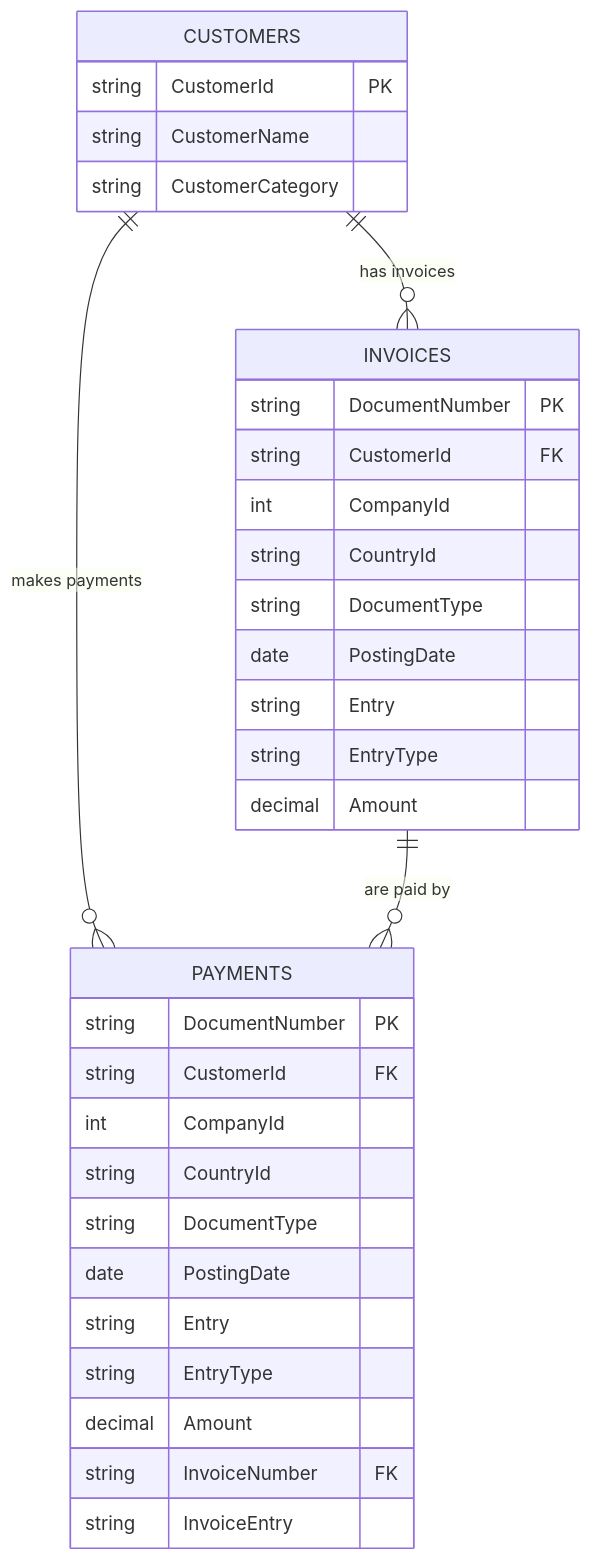
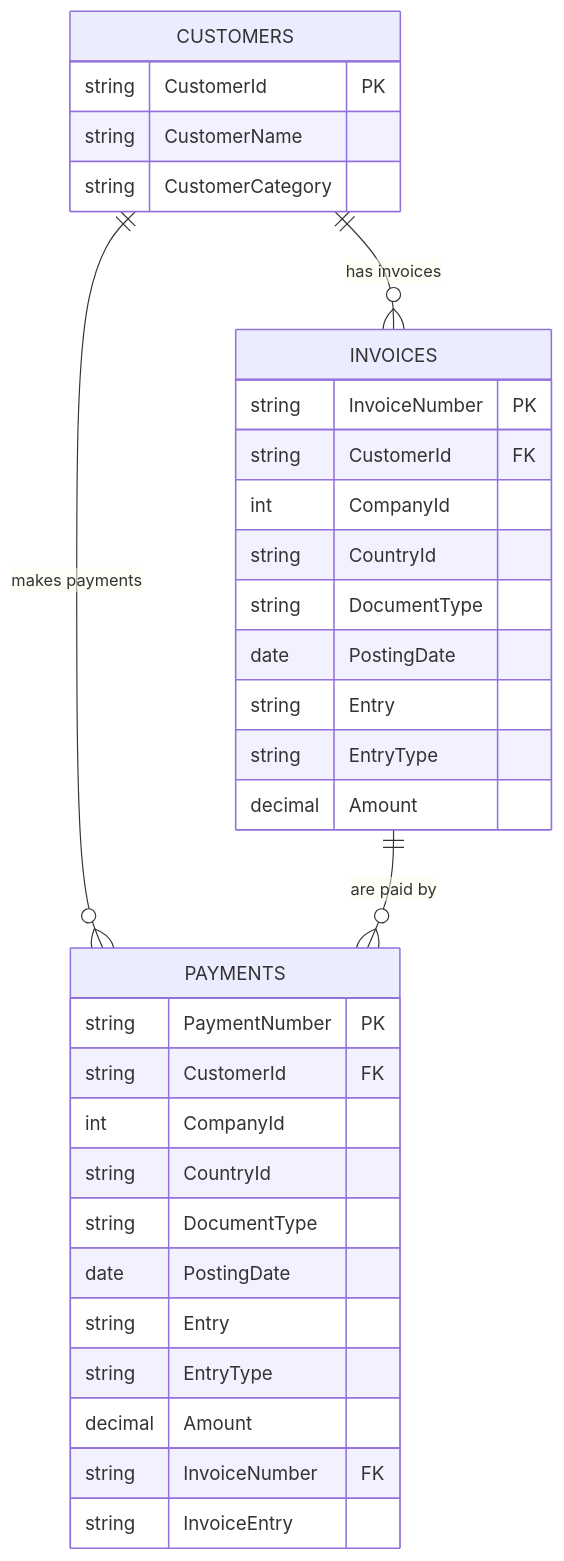
Before and after one commit to benesali/eurow: the second of 2 diagrams in README.md, drawn with Mermaid. The commit also changed 11 other files, not shown here.

````diff
--- a/README.md
+++ b/README.md
@@ -53,38 +53,38 @@
 ```mermaid
 erDiagram
     CUSTOMERS {
         string CustomerId PK
         string CustomerName
         string CustomerCategory
     }
 
     INVOICES {
-        string DocumentNumber PK
+        string InvoiceNumber PK
         string CustomerId FK
         int CompanyId
         string CountryId
         string DocumentType
         date PostingDate
         string Entry
         string EntryType
         decimal Amount
     }
 
     PAYMENTS {
-        string DocumentNumber PK
+        string PaymentNumber PK
         string CustomerId FK
         int CompanyId
         string CountryId
         string DocumentType
         date PostingDate
         string Entry
         string EntryType
         decimal Amount
         string InvoiceNumber FK
         string InvoiceEntry
     }
 
     CUSTOMERS ||--o{ INVOICES : "has invoices"
     CUSTOMERS ||--o{ PAYMENTS : "makes payments"
     INVOICES ||--o{ PAYMENTS : "are paid by"
 ```
````
